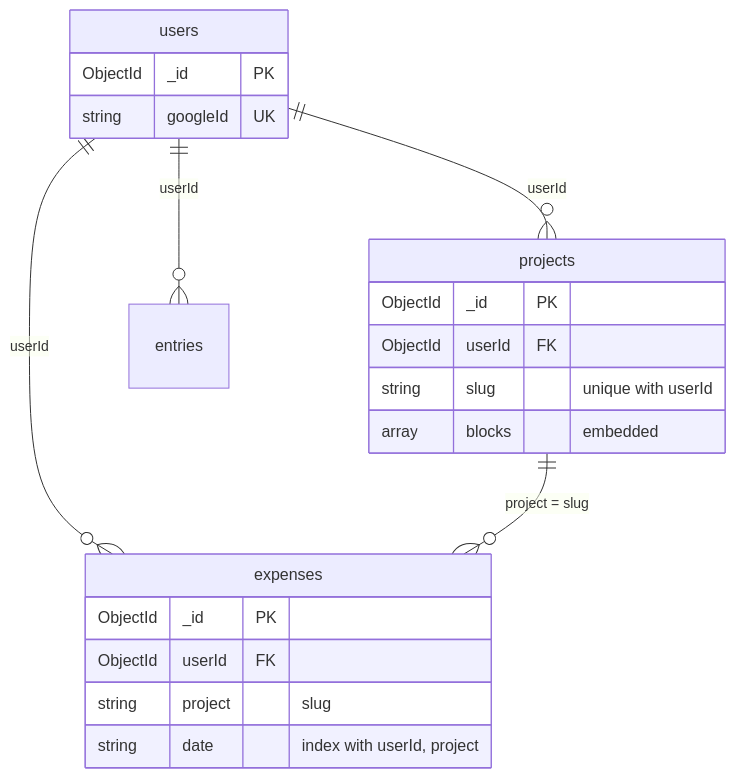
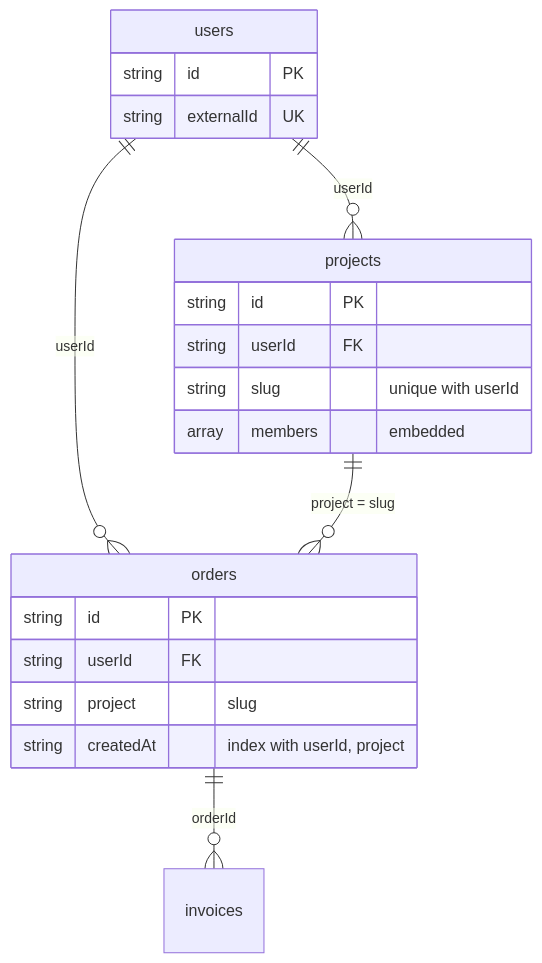
Before and after one commit to AndriiSiuta/tether: the third of 3 diagrams in plugins/tether-nx/skills/drawing-architecture-diagrams/references/templates.md, drawn with Mermaid. The commit also changed other lines of this file and 11 other files, not shown here.

````diff
--- a/plugins/tether-nx/skills/drawing-architecture-diagrams/references/templates.md
+++ b/plugins/tether-nx/skills/drawing-architecture-diagrams/references/templates.md
@@ -50,23 +50,23 @@
 ```mermaid
 erDiagram
   users ||--o{ projects : userId
-  users ||--o{ entries : userId
-  users ||--o{ expenses : userId
-  projects ||--o{ expenses : "project = slug"
+  users ||--o{ orders : userId
+  orders ||--o{ invoices : orderId
+  projects ||--o{ orders : "project = slug"
   users {
-    ObjectId _id PK
-    string googleId UK
+    string id PK
+    string externalId UK
   }
   projects {
-    ObjectId _id PK
-    ObjectId userId FK
+    string id PK
+    string userId FK
     string slug "unique with userId"
-    array blocks "embedded"
+    array members "embedded"
   }
-  expenses {
-    ObjectId _id PK
-    ObjectId userId FK
+  orders {
+    string id PK
+    string userId FK
     string project "slug"
-    string date "index with userId, project"
+    string createdAt "index with userId, project"
   }
 ```
````
